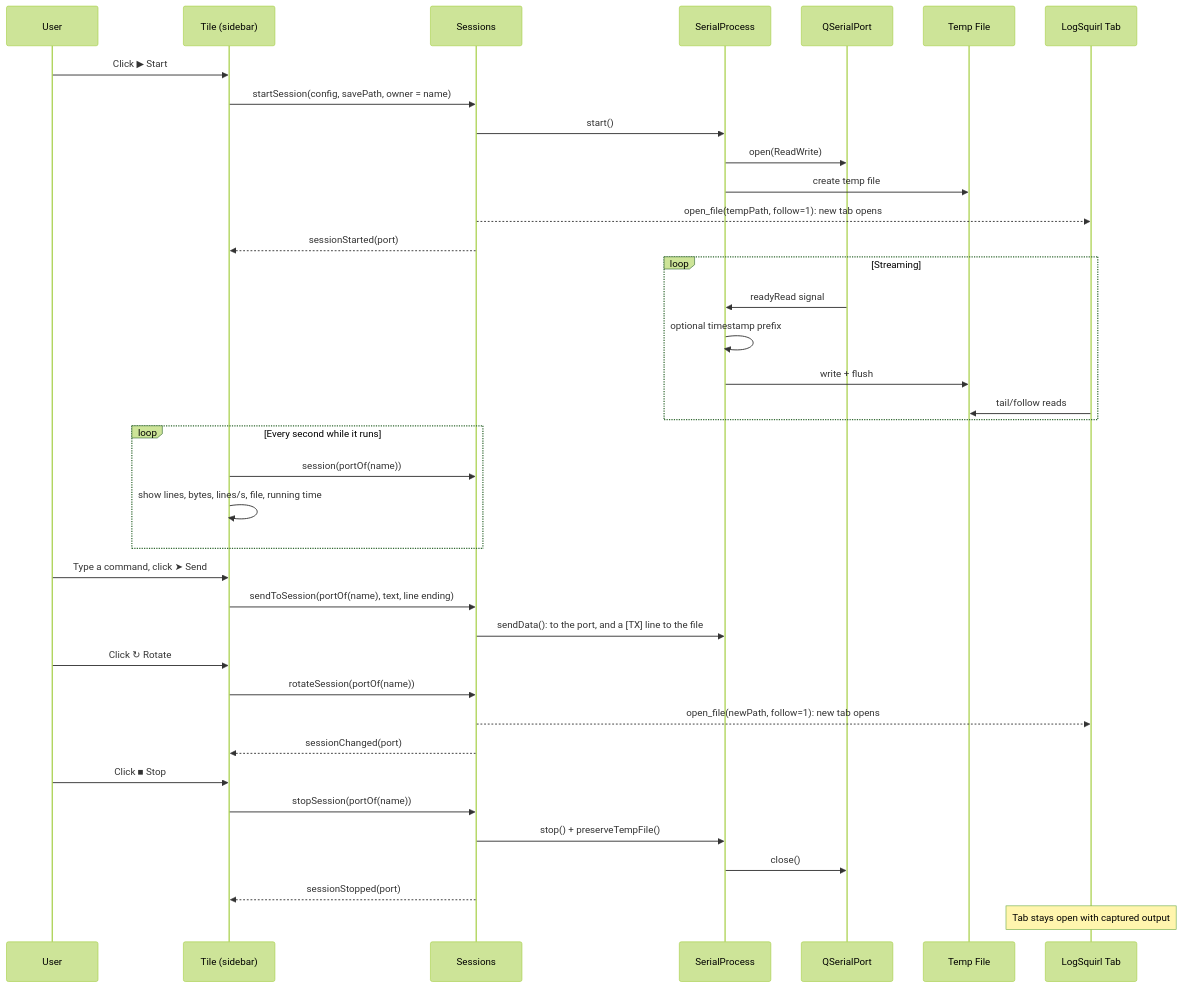
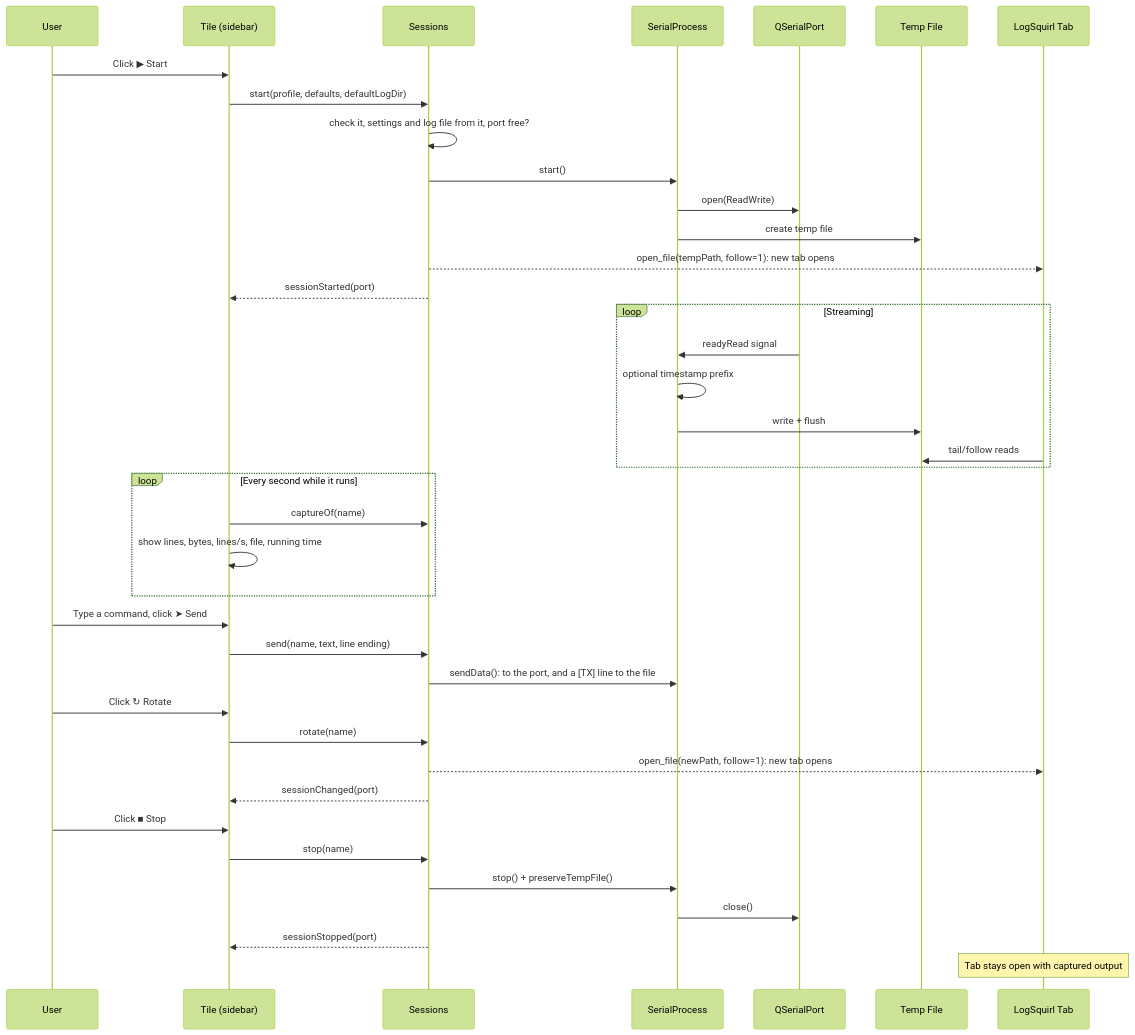
Before and after one commit to 64x-lunicorn/LogSquirl-Serial: the second of 3 diagrams in README.md, drawn with Mermaid (forest theme). The commit also changed other lines of this file and 33 other files, not shown here.

First line of the commit message:
Deepen the capture modules: Host, one serial.ini owner, Plugin instance, CaptureLog, captures by name (#55–#61) (#68)

````diff
--- a/README.md
+++ b/README.md
@@ -283,41 +288,42 @@
 ```mermaid
 sequenceDiagram
     participant User
     participant SW as Tile (sidebar)
     participant S as Sessions
     participant SP as SerialProcess
     participant Port as QSerialPort
     participant TF as Temp File
     participant LS as LogSquirl Tab
 
     User->>SW: Click ▶ Start
-    SW->>S: startSession(config, savePath, owner = name)
+    SW->>S: start(profile, defaults, defaultLogDir)
+    S->>S: check it, settings and log file from it, port free?
     S->>SP: start()
     SP->>Port: open(ReadWrite)
     SP->>TF: create temp file
     S-->>LS: open_file(tempPath, follow=1): new tab opens
     S-->>SW: sessionStarted(port)
     loop Streaming
         Port->>SP: readyRead signal
         SP->>SP: optional timestamp prefix
         SP->>TF: write + flush
         LS->>TF: tail/follow reads
     end
     loop Every second while it runs
-        SW->>S: session(portOf(name))
+        SW->>S: captureOf(name)
         SW->>SW: show lines, bytes, lines/s, file, running time
     end
     User->>SW: Type a command, click ➤ Send
-    SW->>S: sendToSession(portOf(name), text, line ending)
+    SW->>S: send(name, text, line ending)
     S->>SP: sendData(): to the port, and a [TX] line to the file
     User->>SW: Click ↻ Rotate
-    SW->>S: rotateSession(portOf(name))
+    SW->>S: rotate(name)
     S-->>LS: open_file(newPath, follow=1): new tab opens
     S-->>SW: sessionChanged(port)
     User->>SW: Click ■ Stop
-    SW->>S: stopSession(portOf(name))
+    SW->>S: stop(name)
     S->>SP: stop() + preserveTempFile()
     SP->>Port: close()
     S-->>SW: sessionStopped(port)
     Note over LS: Tab stays open with captured output
 ```
````
